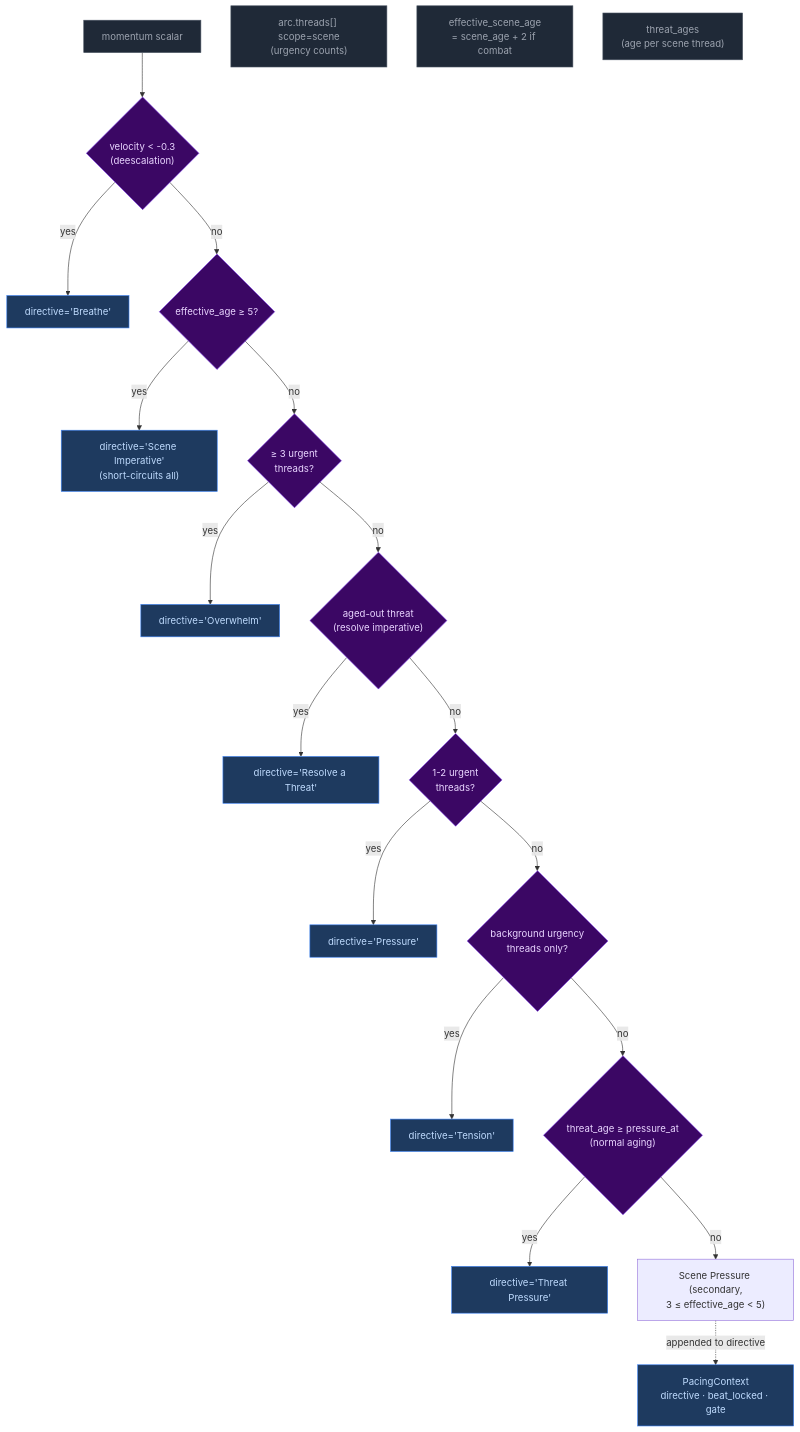
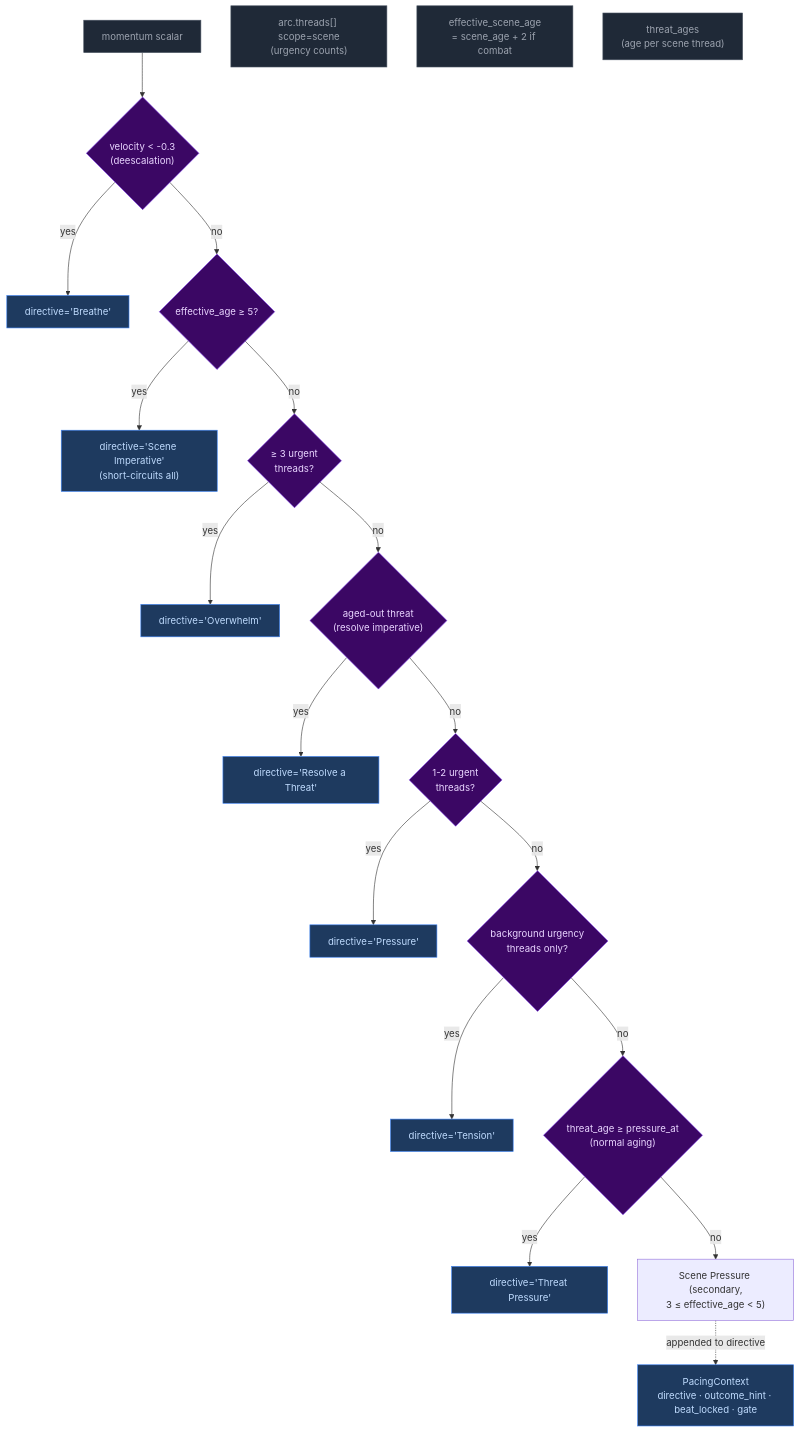
The first of 2 diagrams in docs/architecture/pacing-context.md (pww217/fablethread), drawn with Mermaid before and after one commit. The commit also changed other lines of this file and 3 other files, not shown here.

First line of the commit message:
docs: update architecture docs for impossible actions and outcome_hint

````diff
--- a/docs/architecture/pacing-context.md
+++ b/docs/architecture/pacing-context.md
@@ -21,33 +22,33 @@
 ```mermaid
 flowchart TD
     classDef pyNode fill:#1f2937,color:#9ca3af,stroke:#4b5563
     classDef decision fill:#3b0764,color:#e9d5ff,stroke:#7c3aed
     classDef output fill:#1e3a5f,color:#bfdbfe,stroke:#3b82f6
 
     M["momentum scalar"]:::pyNode
     T["arc.threads[] scope=scene<br>(urgency counts)"]:::pyNode
     SA["effective_scene_age<br>= scene_age + 2 if combat"]:::pyNode
     TA["threat_ages<br>(age per scene thread)"]:::pyNode
 
     M --> D1{"velocity < -0.3<br>(deescalation)"}:::decision
     D1 -- yes --> B1["directive='Breathe'"]:::output
     D1 -- no --> D2{"effective_age ≥ 5?"}:::decision
     D2 -- yes --> B2["directive='Scene Imperative'<br>(short-circuits all)"]:::output
     D2 -- no --> D3{"≥ 3 urgent<br>threads?"}:::decision
     D3 -- yes --> B3["directive='Overwhelm'"]:::output
     D3 -- no --> D4{"aged-out threat<br>(resolve imperative)"}:::decision
     D4 -- yes --> B4["directive='Resolve a Threat'"]:::output
     D4 -- no --> D5{"1-2 urgent<br>threads?"}:::decision
     D5 -- yes --> B5["directive='Pressure'"]:::output
     D5 -- no --> D6{"background urgency<br>threads only?"}:::decision
     D6 -- yes --> B6["directive='Tension'"]:::output
     D6 -- no --> D7{"threat_age ≥ pressure_at<br>(normal aging)"}:::decision
     D7 -- yes --> B7["directive='Threat Pressure'"]:::output
     D7 -- no --> SEC2["Scene Pressure (secondary,<br>3 ≤ effective_age < 5)"]
 
-    FINAL["PacingContext<br>directive · beat_locked · gate"]:::output
+    FINAL["PacingContext<br>directive · outcome_hint · beat_locked · gate"]:::output
 
     SEC2 -. "appended to directive" .-> FINAL
 
     style B2 fill:#1e3a5f,color:#bfdbfe,stroke:#3b82f6
 ```
````
